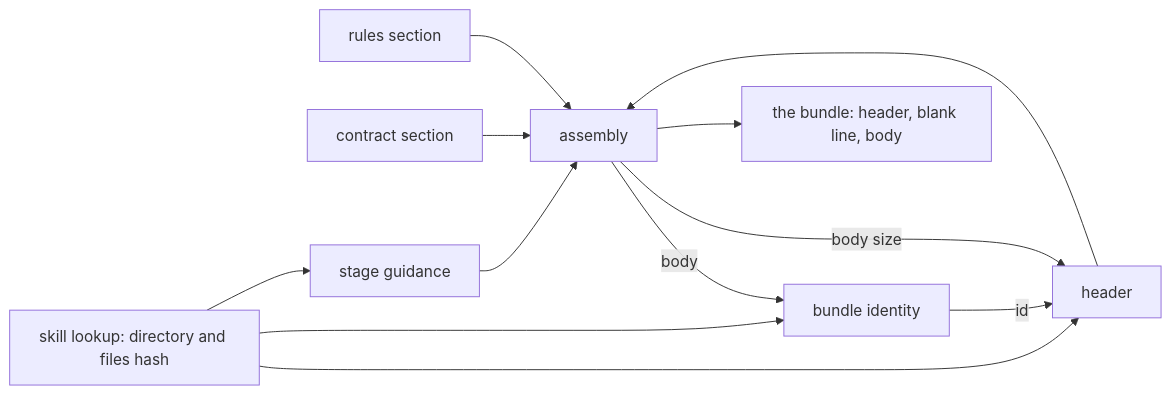
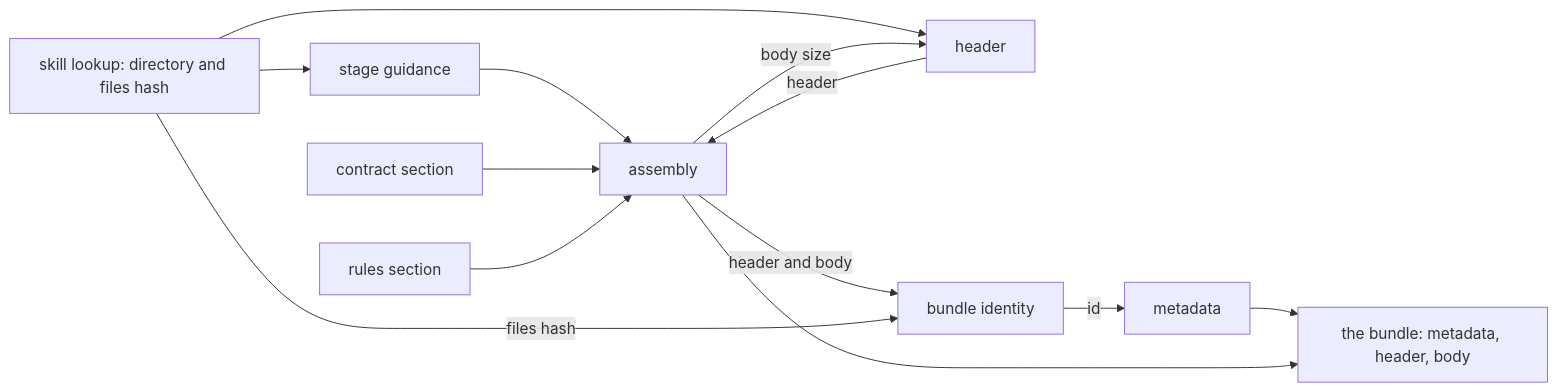
One commit to msitarz/wio changed the diagram in .agents/wio/works/wio-context/bundle-composition/README.md. Above: the diagram before and after it, drawn with Mermaid. The commit also changed other lines of this file and 8 other files, not shown here.

First line of the commit message:
docs(context): give a bundle metadata, a header and a body

````diff
--- a/.agents/wio/works/wio-context/bundle-composition/README.md
+++ b/.agents/wio/works/wio-context/bundle-composition/README.md
@@ -79,14 +83,15 @@
 ```mermaid
 flowchart LR
     skill["skill lookup: directory and files hash"] --> guide["stage guidance"]
-    skill --> ident["bundle identity"]
     skill --> head["header"]
     guide --> asm["assembly"]
     contract["contract section"] --> asm
     rules["rules section"] --> asm
-    asm -->|"body"| ident
-    ident -->|"id"| head
     asm -->|"body size"| head
-    head --> asm
-    asm --> bundle["the bundle: header, blank line, body"]
+    head -->|"header"| asm
+    asm -->|"header and body"| ident["bundle identity"]
+    skill -->|"files hash"| ident
+    ident -->|"id"| meta["metadata"]
+    meta --> bundle["the bundle: metadata, header, body"]
+    asm --> bundle
 ```
````
